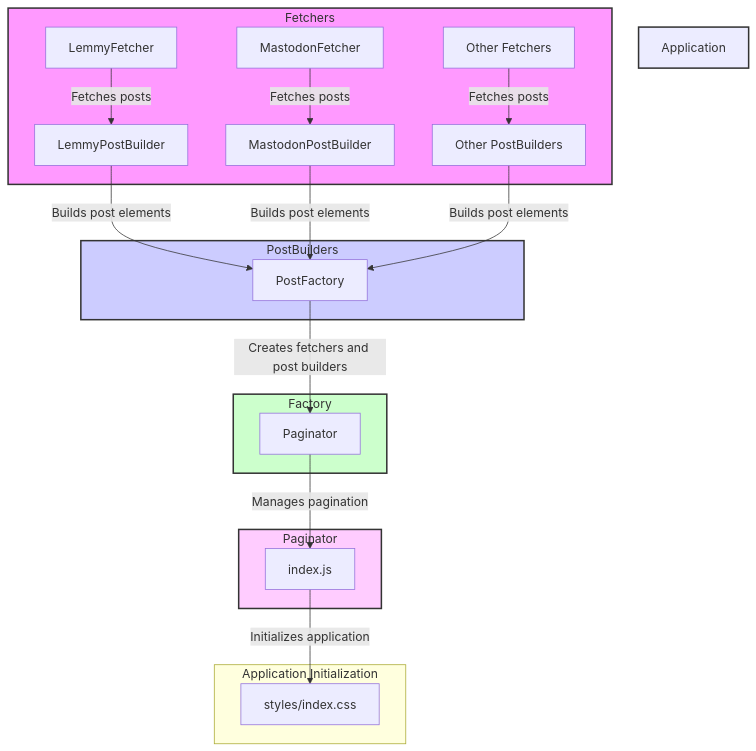
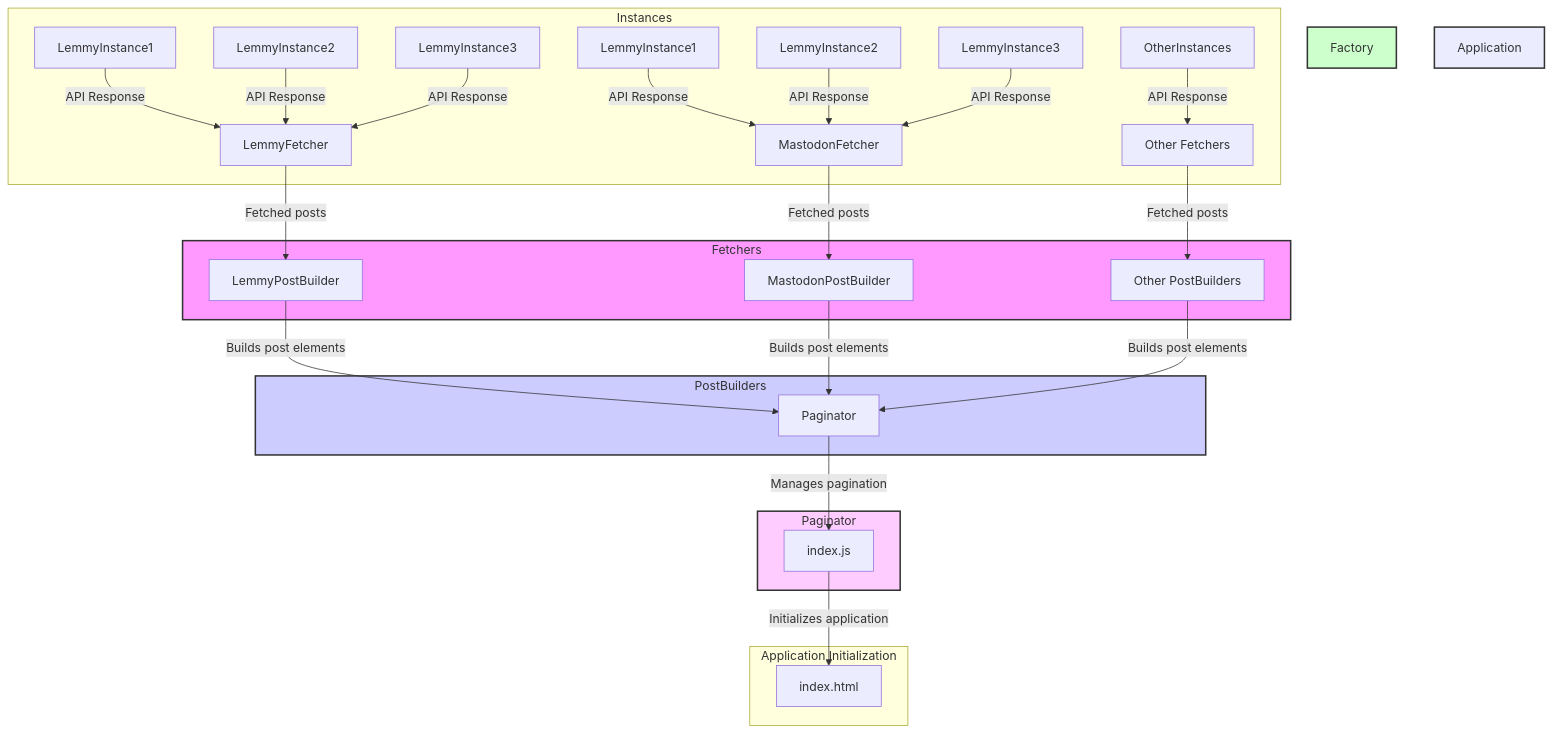
One commit to cse210-works-on-my-machine/CSE210-Fall23-Team-3 changed the diagram in README.md. Above: the diagram before and after it, drawn with Mermaid.

Commit message:
updated architecture diagram

````diff
--- a/README.md
+++ b/README.md
@@ -20,32 +20,40 @@
 ```mermaid
 graph TD
+    subgraph Instances
+      L1[LemmyInstance1] -->|API Response| LF[LemmyFetcher]
+      L2[LemmyInstance2] -->|API Response| LF
+      L3[LemmyInstance3] -->|API Response| LF
+
+      M1[LemmyInstance1] -->|API Response| MF[MastodonFetcher]
+      M2[LemmyInstance2] -->|API Response| MF
+      M3[LemmyInstance3] -->|API Response| MF
+
+      O1[OtherInstances] -->|API Response| OF[Other Fetchers]
+    end
+
     subgraph Fetchers
-        LF[LemmyFetcher] -->|Fetches posts| LPB[LemmyPostBuilder]
-        MF[MastodonFetcher] -->|Fetches posts| MPB[MastodonPostBuilder]
-        OF[Other Fetchers] -->|Fetches posts| OPB[Other PostBuilders]
+        LF -->|Fetched posts| LPB[LemmyPostBuilder]
+        MF -->|Fetched posts| MPB[MastodonPostBuilder]
+        OF -->|Fetched posts| OPB[Other PostBuilders]
     end
 
     subgraph PostBuilders
-        LPB -->|Builds post elements| PF[PostFactory]
-        MPB -->|Builds post elements| PF
-        OPB -->|Builds post elements| PF
-    end
-
-    subgraph Factory
-        PF -->|Creates fetchers and post builders| P[Paginator]
+        LPB -->|Builds post elements| P[Paginator]
+        MPB -->|Builds post elements| P
+        OPB -->|Builds post elements| P
     end
 
     subgraph Paginator
         P -->|Manages pagination| IJS[index.js]
     end
 
     subgraph Application Initialization
-        IJS -->|Initializes application| ST[styles/index.css]
+        IJS -->|Initializes application| ST[index.html]
     end
 
     style Fetchers fill:#f9f,stroke:#333,stroke-width:2px
     style PostBuilders fill:#ccf,stroke:#333,stroke-width:2px
     style Factory fill:#cfc,stroke:#333,stroke-width:2px
     style Paginator fill:#fcf,stroke:#333,stroke-width:2px
     style Application Initialization fill:#cff,stroke:#333,stroke-width:2px
 ```
````
